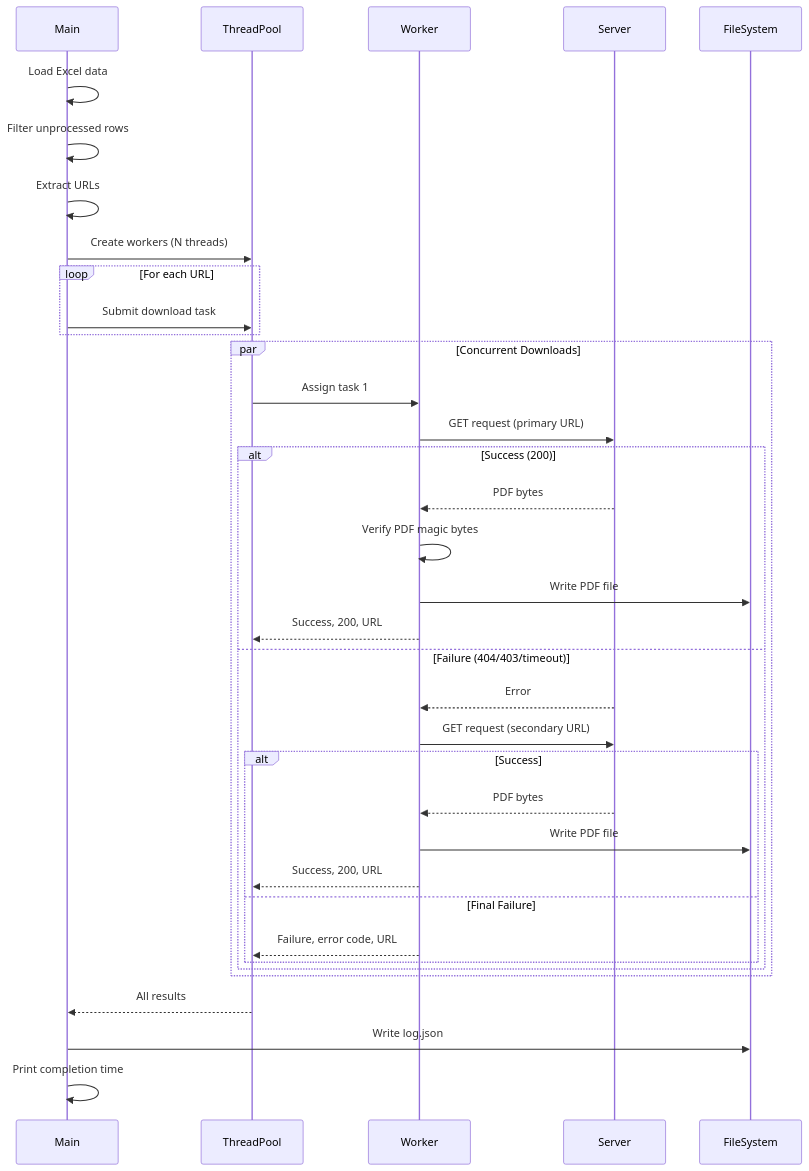
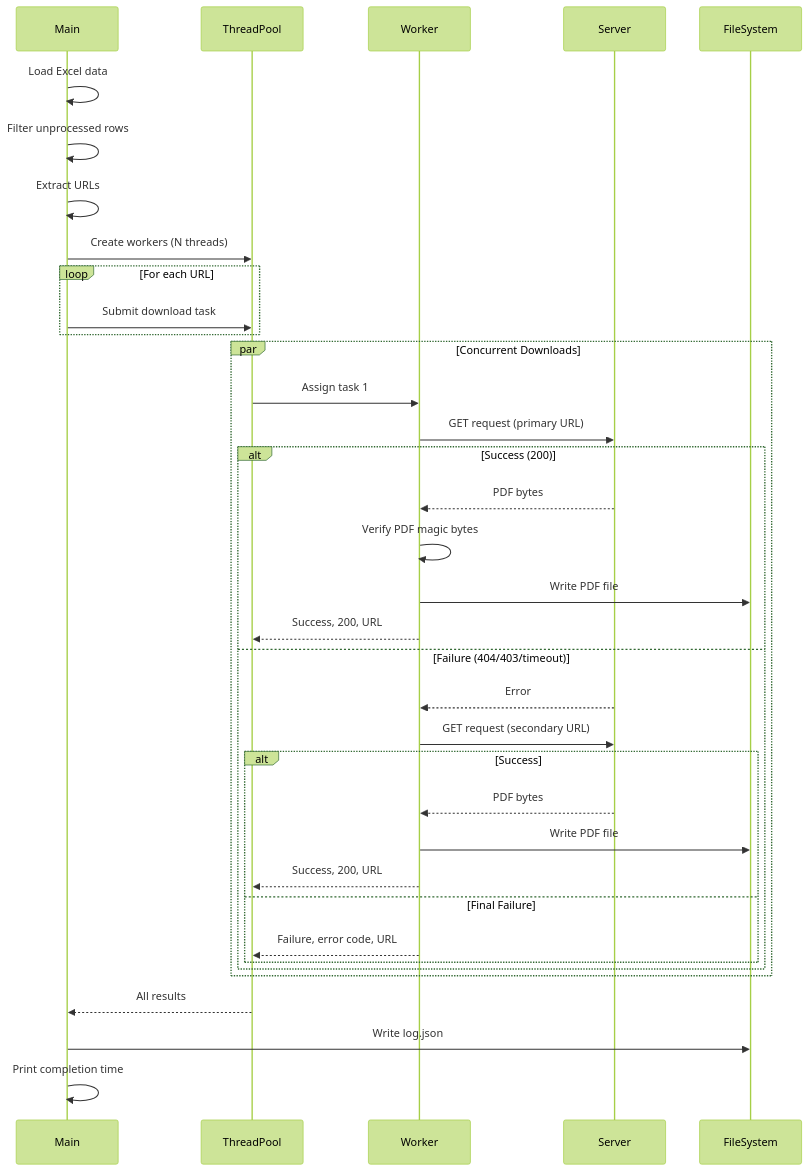
One commit to SirBobbert/pdf-downloader-multithreading changed the diagram in docs/sequence_diagram.mermaid. Above: the diagram before and after it, drawn with Mermaid.

Commit message:
diagram theme

```diff
--- a/docs/sequence_diagram.mermaid
+++ b/docs/sequence_diagram.mermaid
@@ -1,41 +1,45 @@
+---
+config:
+  theme: 'forest'
+---
 sequenceDiagram
     participant Main
     participant ThreadPool
     participant Worker
     participant Server
     participant FileSystem
 
     Main->>Main: Load Excel data
     Main->>Main: Filter unprocessed rows
     Main->>Main: Extract URLs
     
     Main->>ThreadPool: Create workers (N threads)
     
     loop For each URL
         Main->>ThreadPool: Submit download task
     end
     
     par Concurrent Downloads
         ThreadPool->>Worker: Assign task 1
         Worker->>Server: GET request (primary URL)
         alt Success (200)
             Server-->>Worker: PDF bytes
             Worker->>Worker: Verify PDF magic bytes
             Worker->>FileSystem: Write PDF file
             Worker-->>ThreadPool: Success, 200, URL
         else Failure (404/403/timeout)
             Server-->>Worker: Error
             Worker->>Server: GET request (secondary URL)
             alt Success
                 Server-->>Worker: PDF bytes
                 Worker->>FileSystem: Write PDF file
                 Worker-->>ThreadPool: Success, 200, URL
             else Final Failure
                 Worker-->>ThreadPool: Failure, error code, URL
             end
         end
     end
     
     ThreadPool-->>Main: All results
     Main->>FileSystem: Write log.json
     Main->>Main: Print completion time
```
